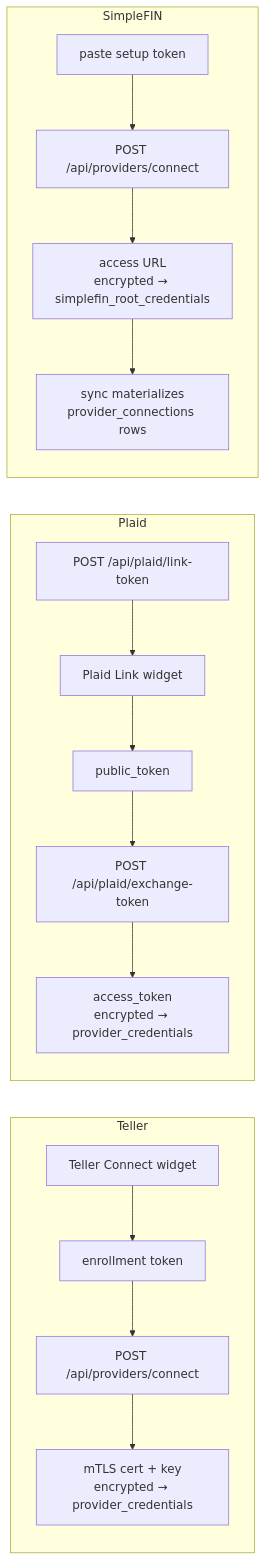
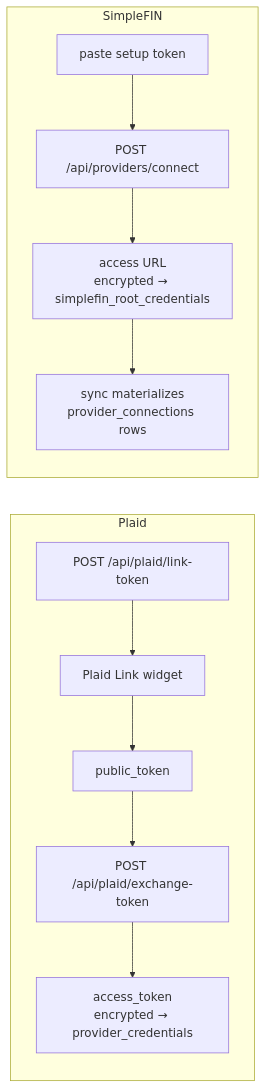
The tenth of 11 diagrams in docs/ARCHITECTURE.md (TwoBitFoundry/sumurai), drawn with Mermaid before and after one commit. The commit also changed other lines of this file and 90 other files, not shown here.

Commit message:
feat: remove Teller Connect and live API support (#178)

````diff
--- a/docs/ARCHITECTURE.md
+++ b/docs/ARCHITECTURE.md
@@ -405,24 +402,17 @@
 ```mermaid
 flowchart LR
-    subgraph Teller
-        direction TB
-        T1["Teller Connect widget"] --> T2["enrollment token"]
-        T2 --> T3["POST /api/providers/connect"]
-        T3 --> T4["mTLS cert + key\nencrypted → provider_credentials"]
-    end
-
     subgraph Plaid
         direction TB
         P1["POST /api/plaid/link-token"] --> P2["Plaid Link widget"]
         P2 --> P3["public_token"]
         P3 --> P4["POST /api/plaid/exchange-token"]
         P4 --> P5["access_token\nencrypted → provider_credentials"]
     end
 
     subgraph SimpleFIN
         direction TB
         S1["paste setup token"] --> S2["POST /api/providers/connect"]
         S2 --> S3["access URL\nencrypted → simplefin_root_credentials"]
         S3 --> S4["sync materializes\nprovider_connections rows"]
     end
 ```
````
